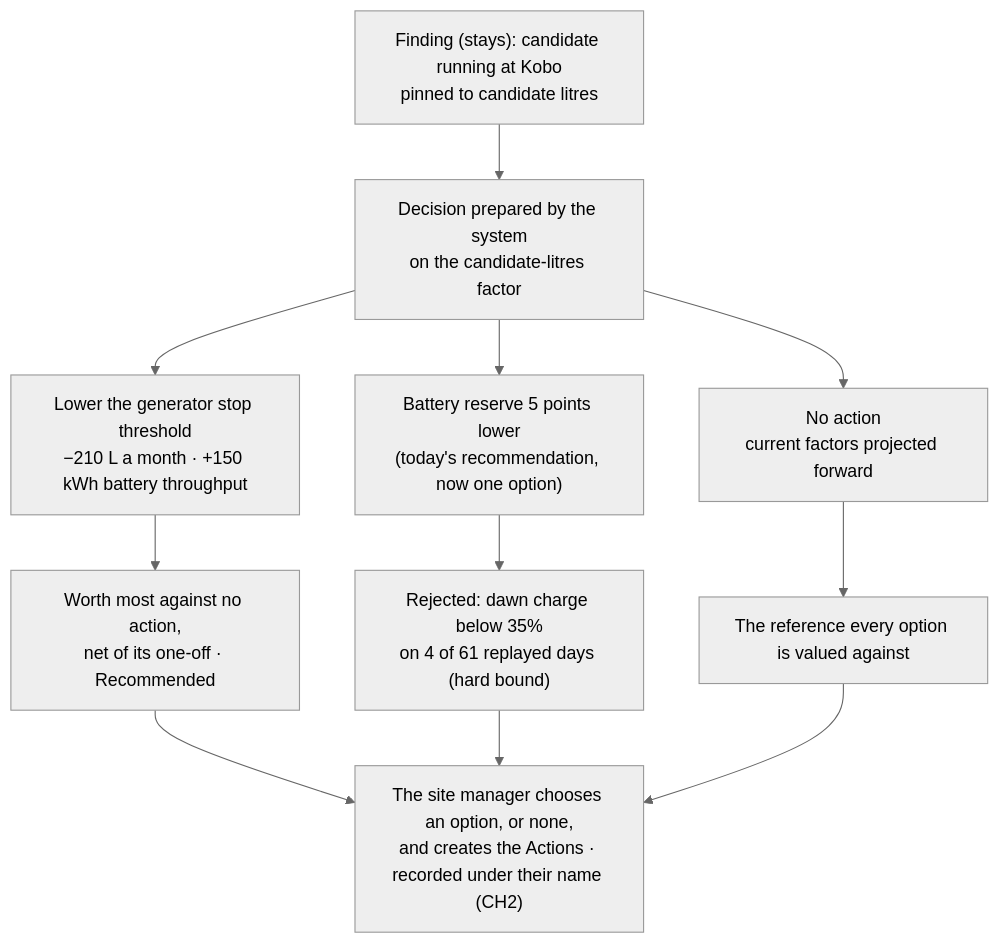
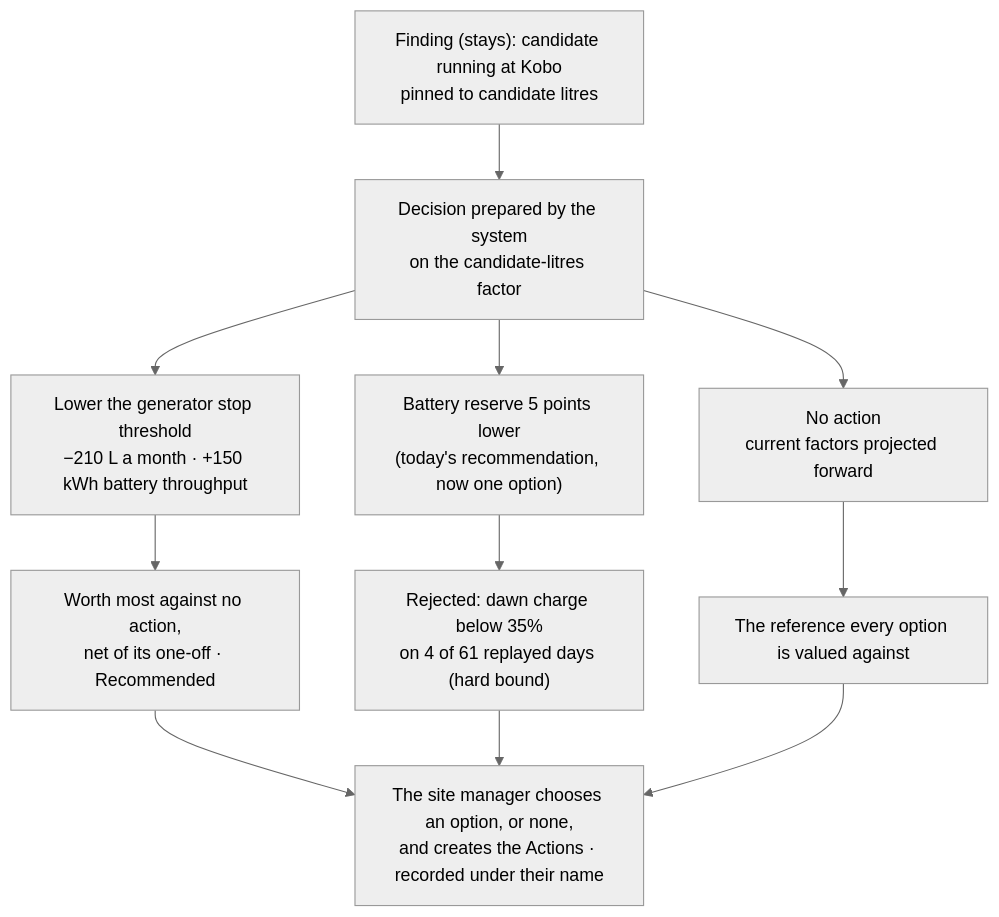
The fifth of 11 diagrams in Docs/demo-sprint/product-direction-layer4/layer4-transformation-design.md (bineyame/AssetOpsV1), drawn with Mermaid (neutral theme) before and after one commit. The commit also changed other lines of this file and 5 other files, not shown here.

````diff
--- a/Docs/demo-sprint/product-direction-layer4/layer4-transformation-design.md
+++ b/Docs/demo-sprint/product-direction-layer4/layer4-transformation-design.md
@@ -396,11 +342,11 @@
 ```mermaid
 flowchart TB
   F["Finding (stays): candidate running at Kobo<br/>pinned to candidate litres"] --> D["Decision prepared by the system<br/>on the candidate-litres factor"]
   D --> O1["Lower the generator stop threshold<br/>−210 L a month · +150 kWh battery throughput"]
   D --> O2["Battery reserve 5 points lower<br/>(today's recommendation, now one option)"]
   D --> O0["No action<br/>current factors projected forward"]
   O1 --> V1["Worth most against no action,<br/>net of its one-off · Recommended"]
   O2 --> V2["Rejected: dawn charge below 35%<br/>on 4 of 61 replayed days (hard bound)"]
   O0 --> V0["The reference every option is valued against"]
-  V1 & V2 & V0 --> P["The site manager chooses an option, or none,<br/>and creates the Actions · recorded under their name (CH2)"]
+  V1 & V2 & V0 --> P["The site manager chooses an option, or none,<br/>and creates the Actions · recorded under their name"]
 ```
````
